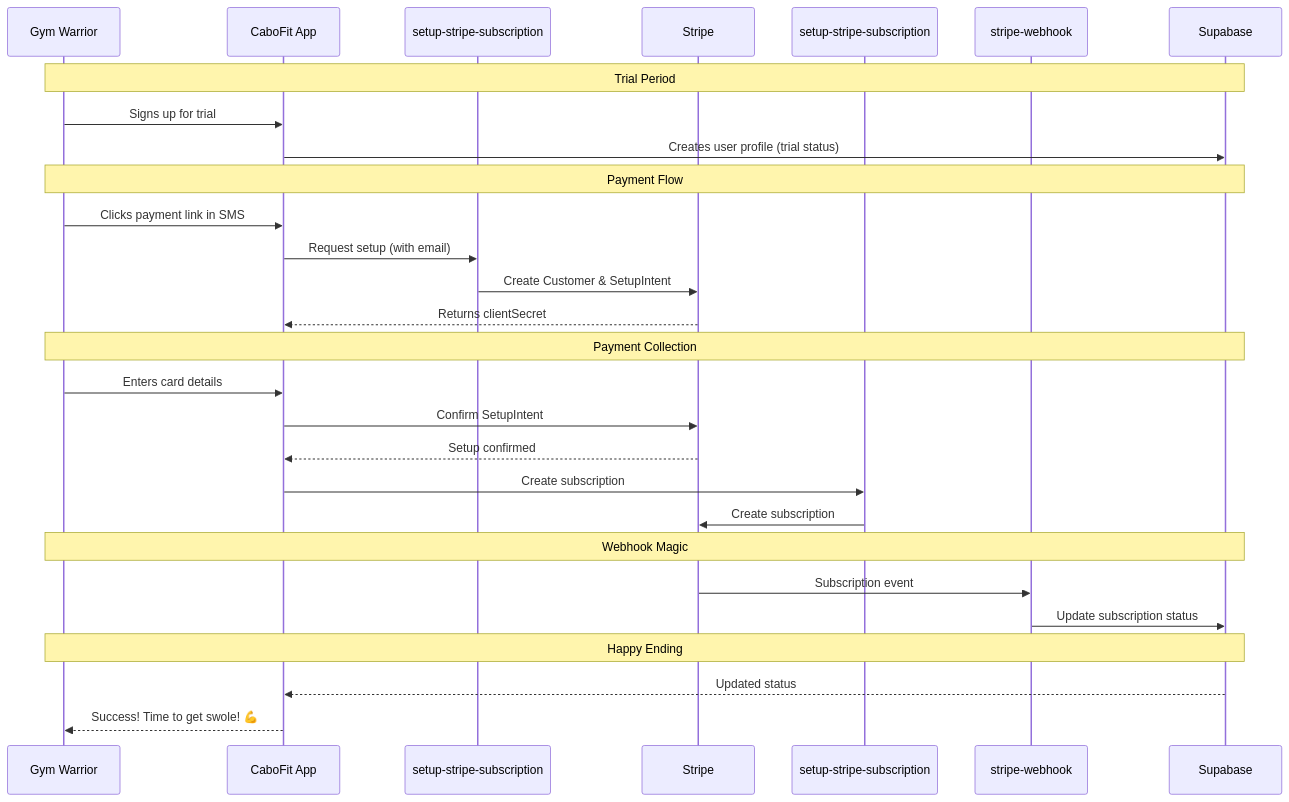
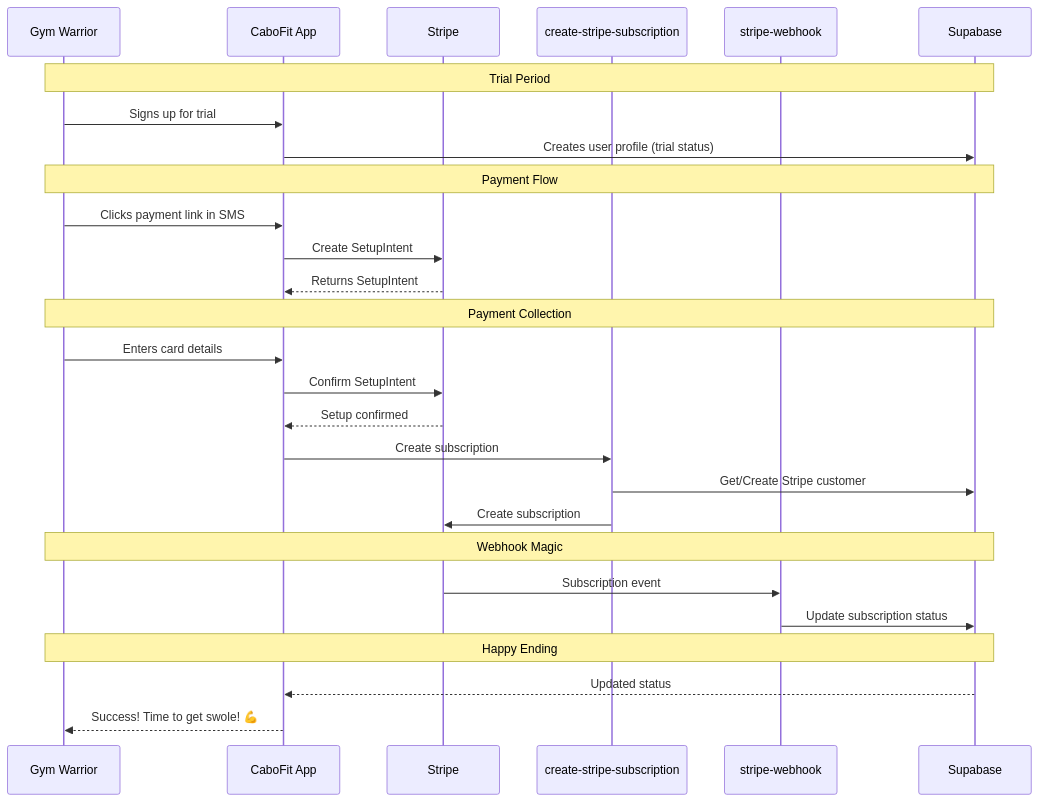
One commit to Harrolee/cabo changed the diagram in docs/payment-flow.md. Above: the diagram before and after it, drawn with Mermaid. The commit also changed other lines of this file and 8 other files, not shown here.

````diff
--- a/docs/payment-flow.md
+++ b/docs/payment-flow.md
@@ -23,35 +24,34 @@
 ```mermaid
 sequenceDiagram
     participant User as Gym Warrior
     participant App as CaboFit App
-    participant Setup as setup-stripe-subscription
     participant Stripe
-    participant Sub as setup-stripe-subscription
+    participant Sub as create-stripe-subscription
     participant Webhook as stripe-webhook
     participant DB as Supabase
 
     Note over User,DB: Trial Period
     User->>App: Signs up for trial
     App->>DB: Creates user profile (trial status)
     
     Note over User,DB: Payment Flow
     User->>App: Clicks payment link in SMS
-    App->>Setup: Request setup (with email)
-    Setup->>Stripe: Create Customer & SetupIntent
-    Stripe-->>App: Returns clientSecret
+    App->>Stripe: Create SetupIntent
+    Stripe-->>App: Returns SetupIntent
     
     Note over User,DB: Payment Collection
     User->>App: Enters card details
     App->>Stripe: Confirm SetupIntent
     Stripe-->>App: Setup confirmed
     App->>Sub: Create subscription
+    Sub->>DB: Get/Create Stripe customer
     Sub->>Stripe: Create subscription
     
     Note over User,DB: Webhook Magic
     Stripe->>Webhook: Subscription event
     Webhook->>DB: Update subscription status
     
     Note over User,DB: Happy Ending
     DB-->>App: Updated status
     App-->>User: Success! Time to get swole! 💪
 ```
````
